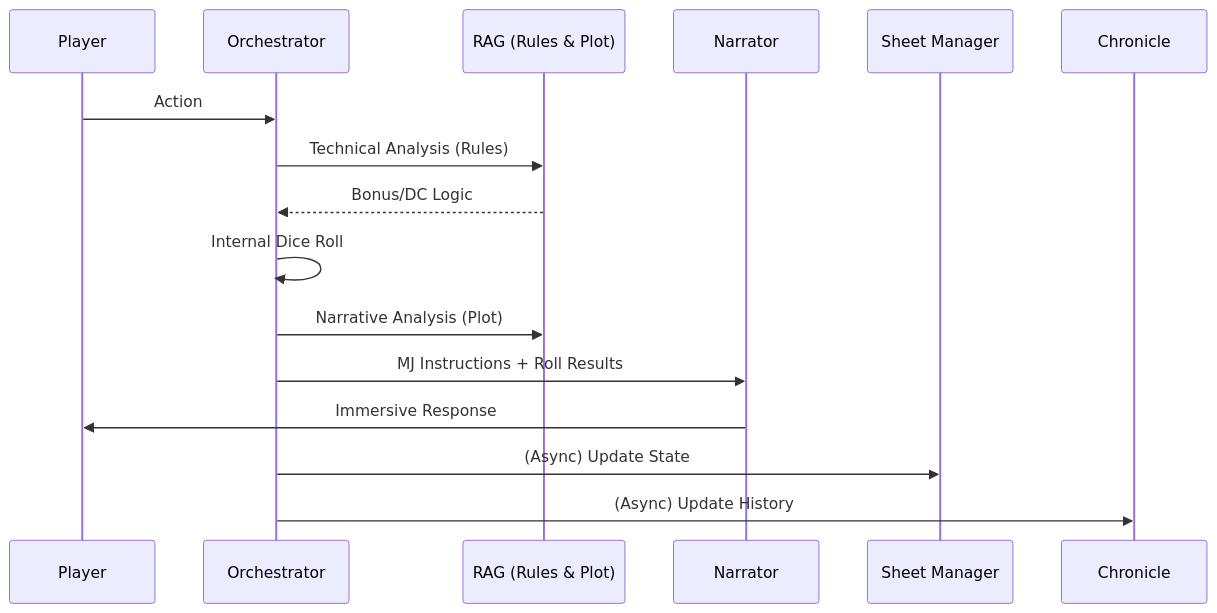
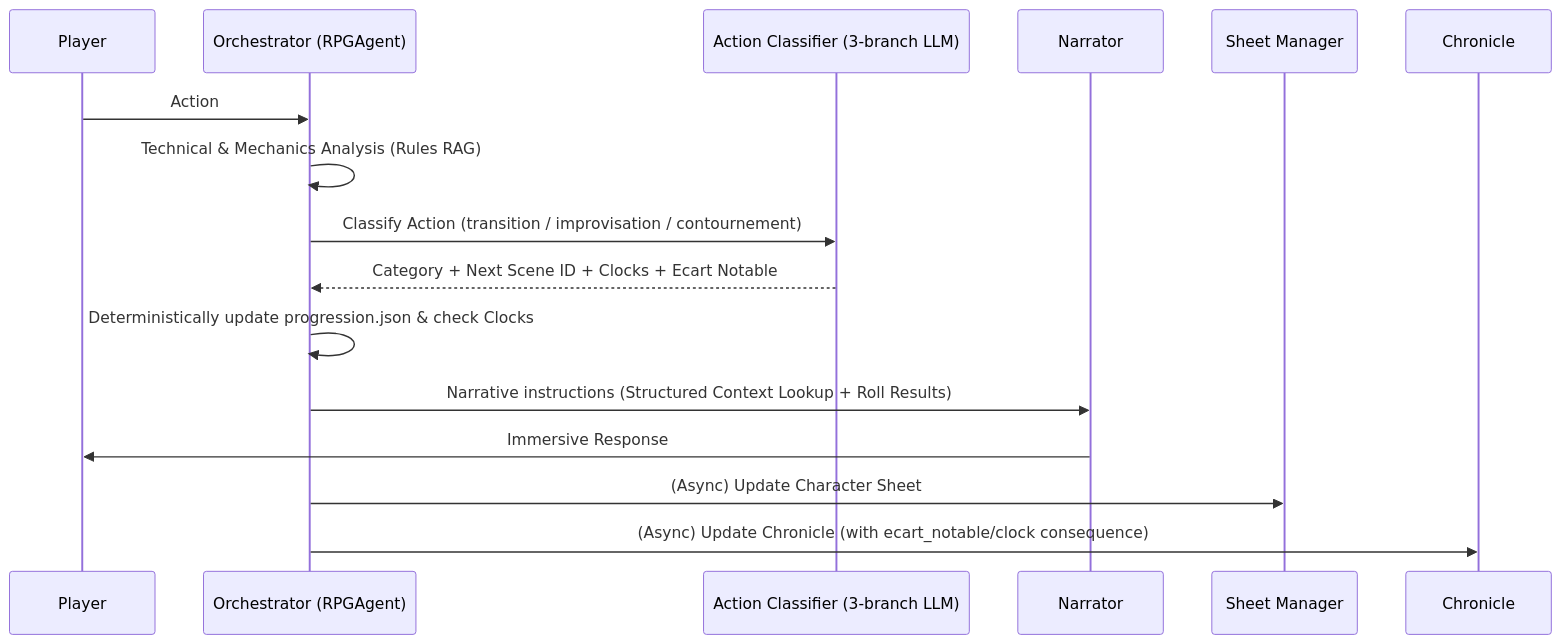
Before and after one commit to Papoulos/Oracle: the third of 3 diagrams in README.md, drawn with Mermaid. The commit also changed other lines of this file, not shown here.

First line of the commit message:
feat: adopt structured scenario schema and deterministic progression lookup

````diff
--- a/README.md
+++ b/README.md
@@ -82,19 +177,19 @@
 ```mermaid
 sequenceDiagram
     participant Player
-    participant Orch as Orchestrator
-    participant RAG as RAG (Rules & Plot)
+    participant Orch as Orchestrator (RPGAgent)
+    participant CL as Action Classifier (3-branch LLM)
     participant Narr as Narrator
     participant SM as Sheet Manager
     participant Chron as Chronicle
 
     Player->>Orch: Action
-    Orch->>RAG: Technical Analysis (Rules)
-    RAG-->>Orch: Bonus/DC Logic
-    Orch->>Orch: Internal Dice Roll
-    Orch->>RAG: Narrative Analysis (Plot)
-    Orch->>Narr: MJ Instructions + Roll Results
+    Orch->>Orch: Technical & Mechanics Analysis (Rules RAG)
+    Orch->>CL: Classify Action (transition / improvisation / contournement)
+    CL-->>Orch: Category + Next Scene ID + Clocks + Ecart Notable
+    Orch->>Orch: Deterministically update progression.json & check Clocks
+    Orch->>Narr: Narrative instructions (Structured Context Lookup + Roll Results)
     Narr->>Player: Immersive Response
-    Orch->>SM: (Async) Update State
-    Orch->>Chron: (Async) Update History
+    Orch->>SM: (Async) Update Character Sheet
+    Orch->>Chron: (Async) Update Chronicle (with ecart_notable/clock consequence)
 ```
````
